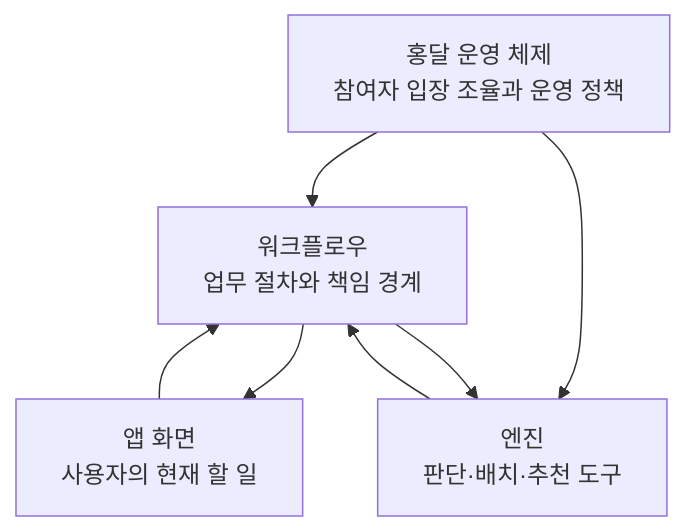
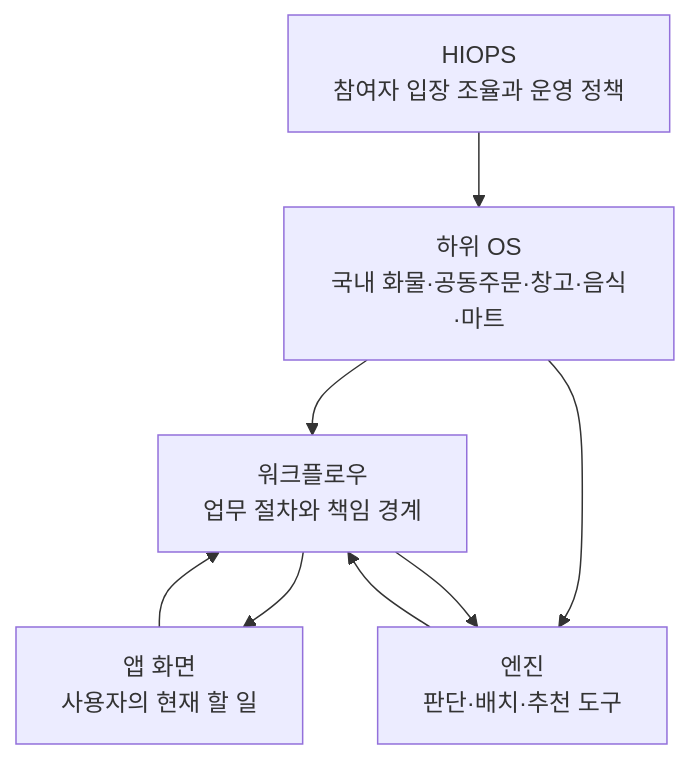
Before and after one commit to cheolwo/hongdal: the first of 5 diagrams in docs/Architecture/EngineOverview.md, drawn with Mermaid. The commit also changed other lines of this file and 3 other files, not shown here.

````diff
--- a/docs/Architecture/EngineOverview.md
+++ b/docs/Architecture/EngineOverview.md
@@ -15,14 +15,16 @@
 ```mermaid
 flowchart TD
-    OS["홍달 운영 체제<br/>참여자 입장 조율과 운영 정책"]
+    HIOPS["HIOPS<br/>참여자 입장 조율과 운영 정책"]
+    OS["하위 OS<br/>국내 화물·공동주문·창고·음식·마트"]
     Workflow["워크플로우<br/>업무 절차와 책임 경계"]
     Engine["엔진<br/>판단·배치·추천 도구"]
     App["앱 화면<br/>사용자의 현재 할 일"]
 
+    HIOPS --> OS
     OS --> Workflow
     OS --> Engine
     Workflow --> App
     App --> Workflow
     Workflow --> Engine
     Engine --> Workflow
 ```
````
